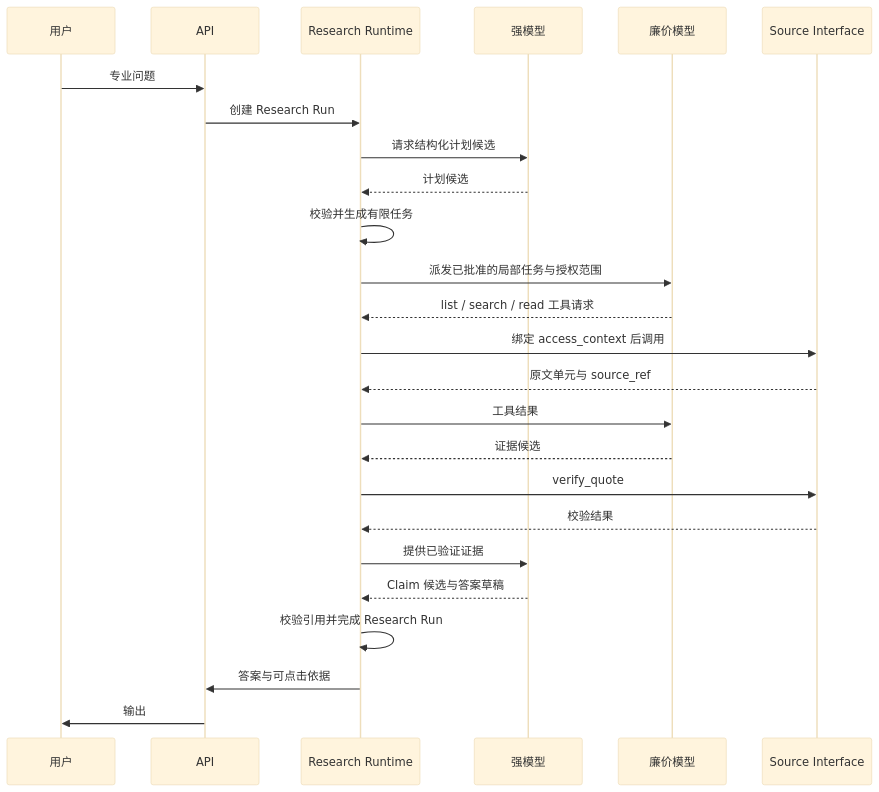
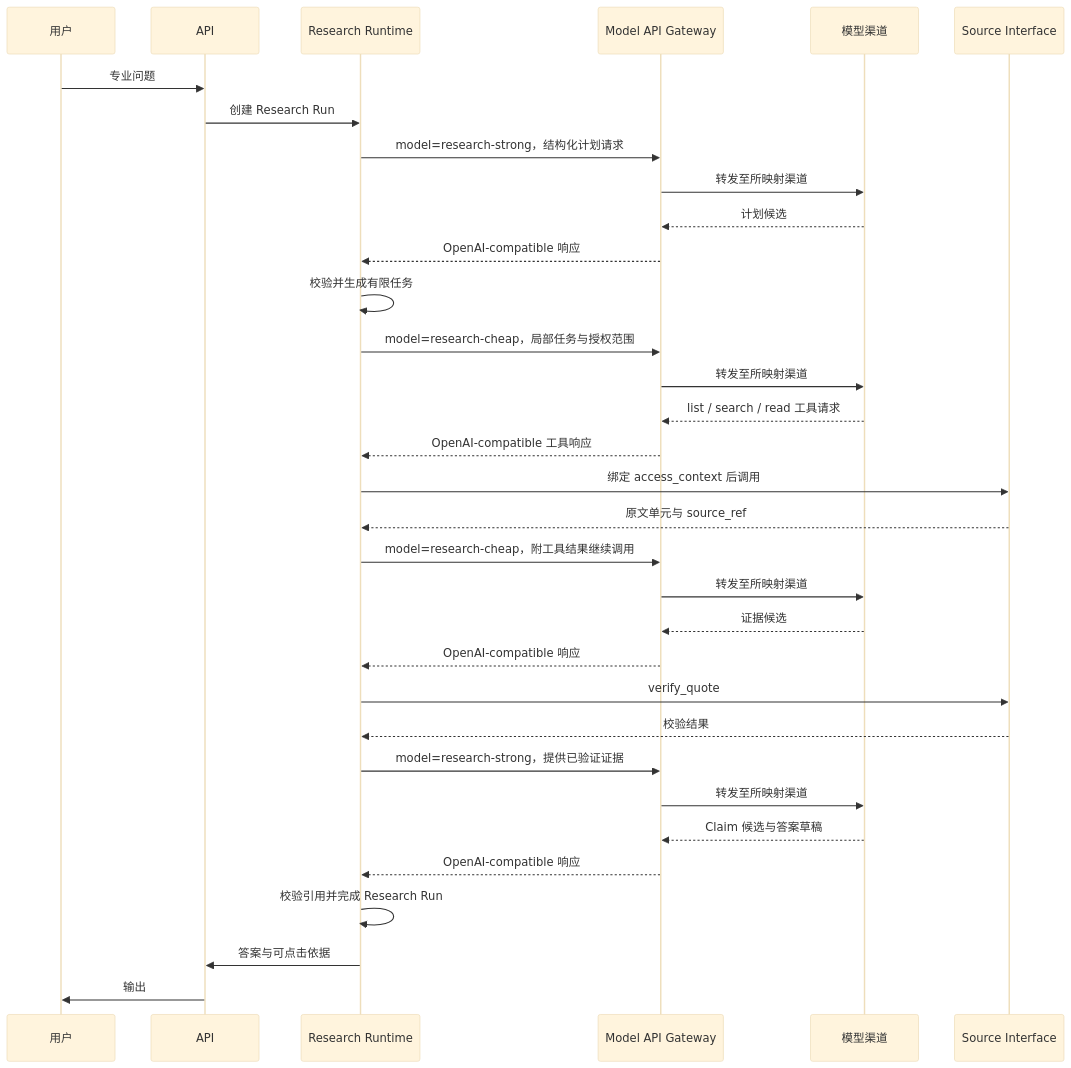
One commit to SuperCatQR/traceable-research-runtime changed the second of 2 diagrams in docs/architecture.md. Above: the diagram before and after it, drawn with Mermaid (base theme). The commit also changed other lines of this file and 1 other file, not shown here.

Commit message:
docs: use New API as model gateway

````diff
--- a/docs/architecture.md
+++ b/docs/architecture.md
@@ -180,28 +187,36 @@
 ```mermaid
 sequenceDiagram
     participant U as 用户
     participant A as API
     participant R as Research Runtime
-    participant S as 强模型
-    participant C as 廉价模型
+    participant G as Model API Gateway
+    participant M as 模型渠道
     participant SI as Source Interface
 
     U->>A: 专业问题
     A->>R: 创建 Research Run
-    R->>S: 请求结构化计划候选
-    S-->>R: 计划候选
+    R->>G: model=research-strong，结构化计划请求
+    G->>M: 转发至所映射渠道
+    M-->>G: 计划候选
+    G-->>R: OpenAI-compatible 响应
     R->>R: 校验并生成有限任务
-    R->>C: 派发已批准的局部任务与授权范围
-    C-->>R: list / search / read 工具请求
+    R->>G: model=research-cheap，局部任务与授权范围
+    G->>M: 转发至所映射渠道
+    M-->>G: list / search / read 工具请求
+    G-->>R: OpenAI-compatible 工具响应
     R->>SI: 绑定 access_context 后调用
     SI-->>R: 原文单元与 source_ref
-    R->>C: 工具结果
-    C-->>R: 证据候选
+    R->>G: model=research-cheap，附工具结果继续调用
+    G->>M: 转发至所映射渠道
+    M-->>G: 证据候选
+    G-->>R: OpenAI-compatible 响应
     R->>SI: verify_quote
     SI-->>R: 校验结果
-    R->>S: 提供已验证证据
-    S-->>R: Claim 候选与答案草稿
+    R->>G: model=research-strong，提供已验证证据
+    G->>M: 转发至所映射渠道
+    M-->>G: Claim 候选与答案草稿
+    G-->>R: OpenAI-compatible 响应
     R->>R: 校验引用并完成 Research Run
     R->>A: 答案与可点击依据
     A->>U: 输出
 ```
````
